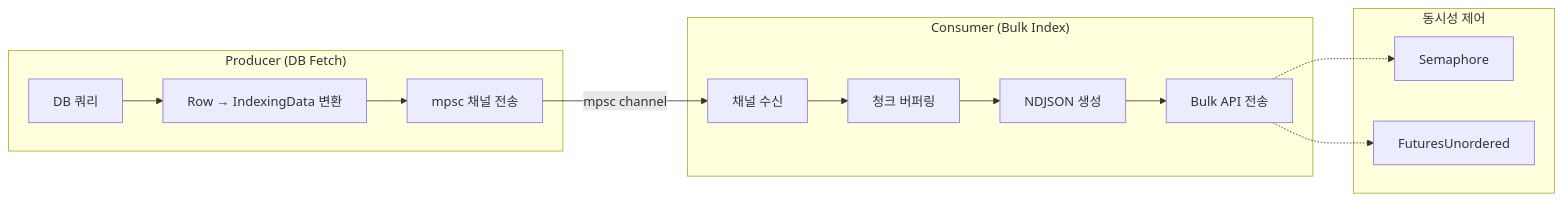
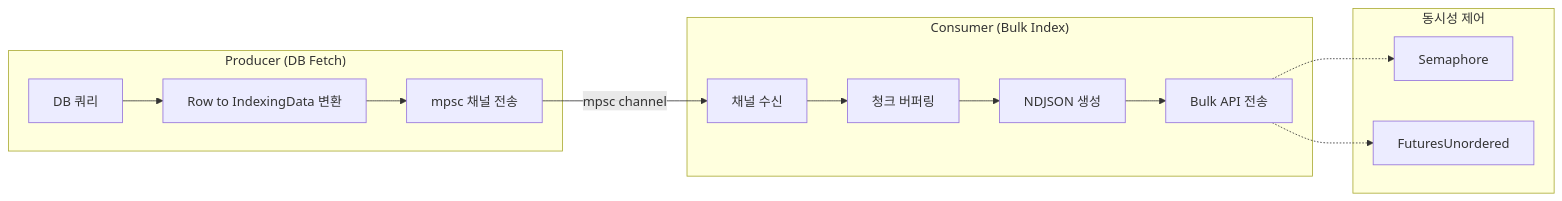
One commit to SonAIengine/sonblog changed the second of 5 diagrams in docs/search-engine/Rust 검색 엔진/OpenSearch-인덱싱-서비스-스트리밍-vs-배치-처리-비교.md. Above: the diagram before and after it, drawn with Mermaid. The commit also changed 10 other files, not shown here.

Commit message:
mermaid 다이어그램 전체 수정: mermaid 11.x 호환성 문제 해결

````diff
--- a/docs/search-engine/Rust 검색 엔진/OpenSearch-인덱싱-서비스-스트리밍-vs-배치-처리-비교.md
+++ b/docs/search-engine/Rust 검색 엔진/OpenSearch-인덱싱-서비스-스트리밍-vs-배치-처리-비교.md
@@ -70,23 +70,23 @@
 ```mermaid
-graph LR
-    subgraph "Producer (DB Fetch)"
-        A[DB 쿼리] --> B[Row → IndexingData 변환]
+flowchart LR
+    subgraph Producer["Producer (DB Fetch)"]
+        A[DB 쿼리] --> B["Row to IndexingData 변환"]
         B --> C[mpsc 채널 전송]
     end
-    
-    subgraph "Consumer (Bulk Index)"
+
+    subgraph Consumer["Consumer (Bulk Index)"]
         D[채널 수신] --> E[청크 버퍼링]
         E --> F[NDJSON 생성]
         F --> G[Bulk API 전송]
     end
-    
-    C -->|mpsc channel| D
-    
-    subgraph "동시성 제어"
+
+    C -->|"mpsc channel"| D
+
+    subgraph 동시성_제어["동시성 제어"]
         H[Semaphore]
         I[FuturesUnordered]
     end
-    
+
     G -.-> H
     G -.-> I
 ```
````
